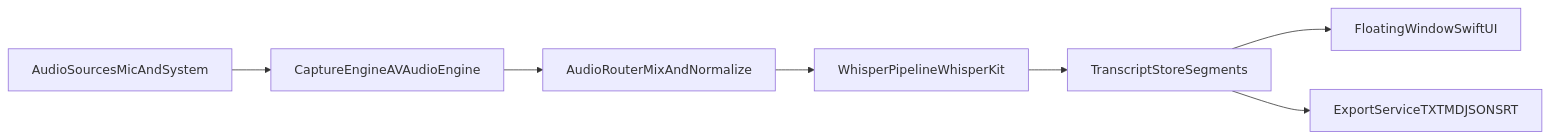
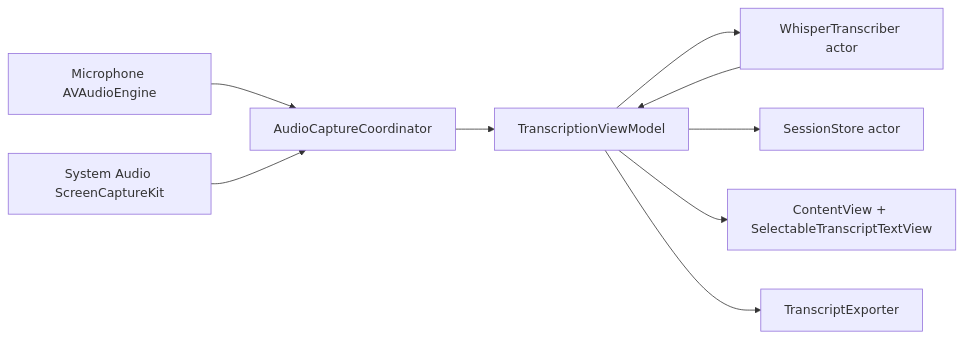
One commit to LeoShi/Livescript changed the diagram in TECH_DESIGN.md. Above: the diagram before and after it, drawn with Mermaid. The commit also changed other lines of this file, not shown here.

````diff
--- a/TECH_DESIGN.md
+++ b/TECH_DESIGN.md
@@ -12,9 +12,11 @@
 ```mermaid
 flowchart LR
-    audioSources[AudioSourcesMicAndSystem] --> captureEngine[CaptureEngineAVAudioEngine]
-    captureEngine --> audioRouter[AudioRouterMixAndNormalize]
-    audioRouter --> asrPipeline[WhisperPipelineWhisperKit]
-    asrPipeline --> segmentStore[TranscriptStoreSegments]
-    segmentStore --> liveUI[FloatingWindowSwiftUI]
-    segmentStore --> exportService[ExportServiceTXTMDJSONSRT]
+    mic[Microphone AVAudioEngine] --> coordinator[AudioCaptureCoordinator]
+    sys[System Audio ScreenCaptureKit] --> coordinator
+    coordinator --> vm[TranscriptionViewModel]
+    vm --> whisper[WhisperTranscriber actor]
+    whisper --> vm
+    vm --> store[SessionStore actor]
+    vm --> ui[ContentView + SelectableTranscriptTextView]
+    vm --> export[TranscriptExporter]
 ```
````
